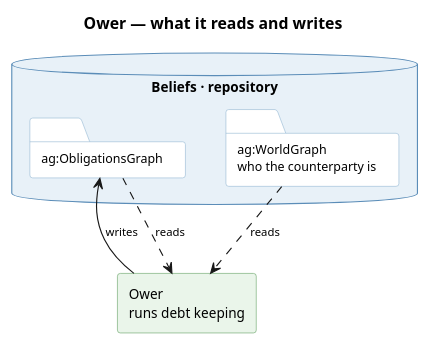
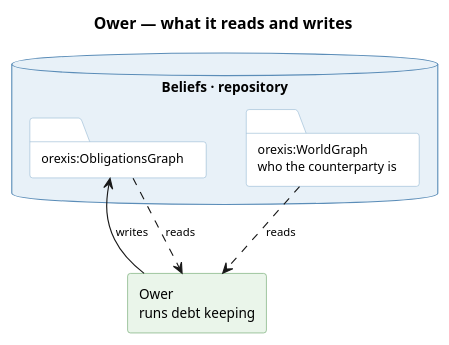
Before and after one commit to ShishkinDmitriy/orexis: the diagram in knowledge/diagrams/service-ower.puml, drawn with PlantUML. The commit also changed 296 other files, not shown here.

```diff
--- a/knowledge/diagrams/service-ower.puml
+++ b/knowledge/diagrams/service-ower.puml
@@ -1,36 +1,36 @@
 @startuml service-ower
 title Ower — what it reads and writes
 
 skinparam componentStyle rectangle
 skinparam shadowing false
 skinparam defaultFontSize 12
 skinparam titleFontSize 14
 skinparam ArrowFontSize 10
 skinparam database {
   BackgroundColor #E8F1F8
   BorderColor #5B8DB8
 }
 skinparam folder {
   BackgroundColor #FFFFFF
   BorderColor #8FB4D0
   FontSize 11
 }
 skinparam component {
   BackgroundColor #EAF5EA
   BorderColor #5E9E5E
 }
 
 
 database "Beliefs · repository" as BEL {
-  folder "ag:ObligationsGraph" as O
-  folder "ag:WorldGraph\nwho the counterparty is" as W
+  folder "orexis:ObligationsGraph" as O
+  folder "orexis:WorldGraph\nwho the counterparty is" as W
 }
 
 component "Ower\nruns debt keeping" as OW
 
 
 O ..> OW : reads
 W ..> OW : reads
 OW --> O : writes
 
 @enduml
```
